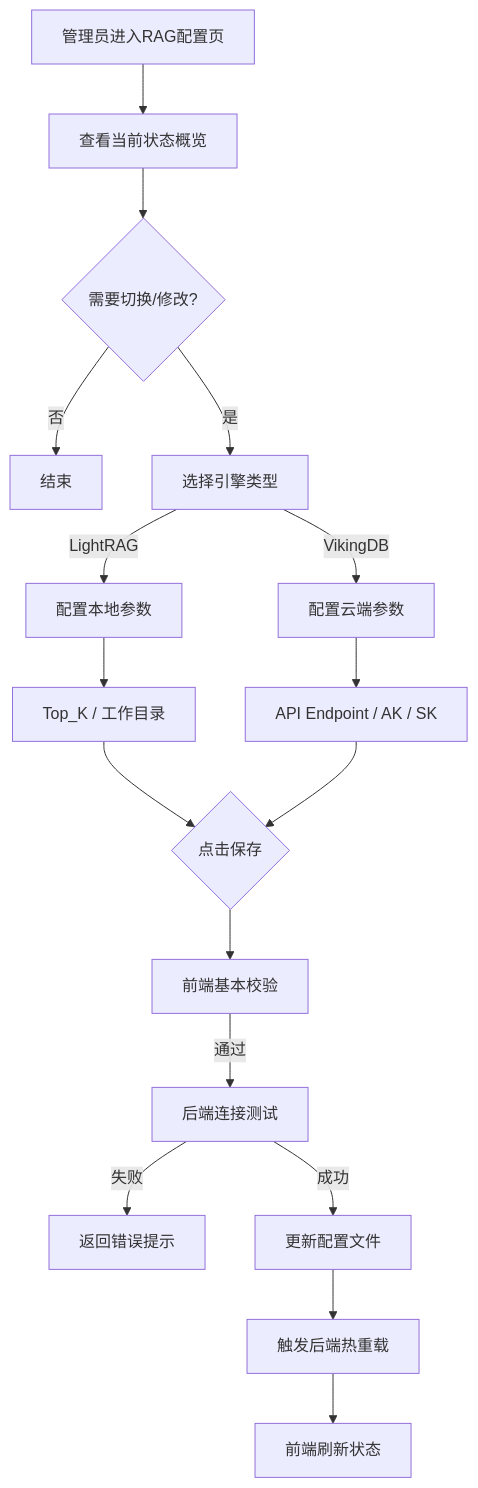
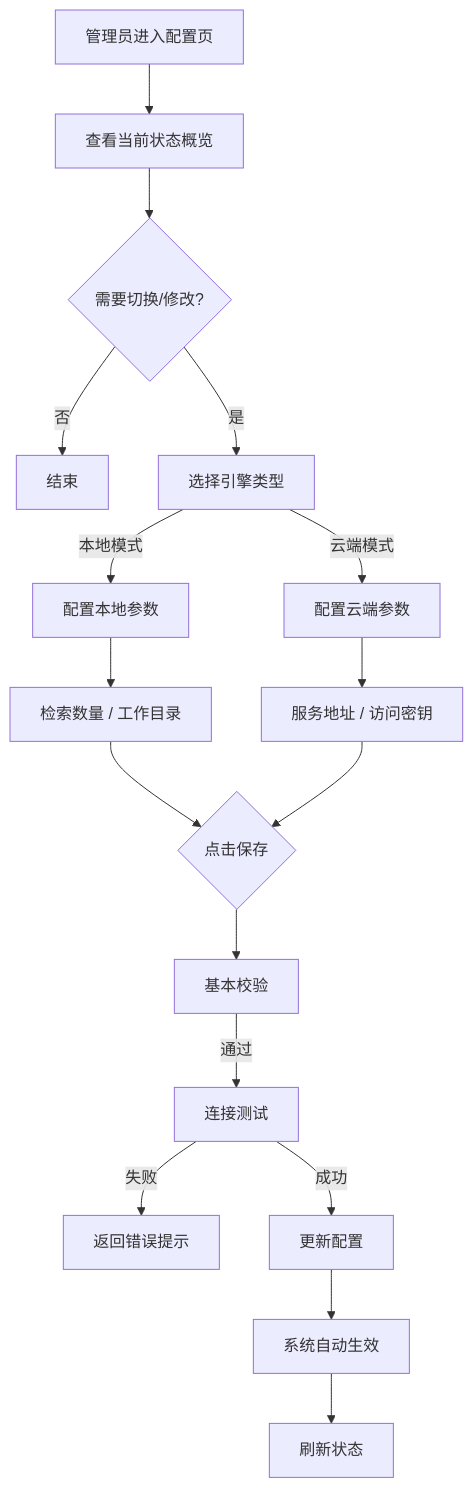
The second of 2 diagrams in 需求文档/G-中台需求文档/辰极智脑-知识库配置需求说明书_V1.0.md (joychen295/AI---), drawn with Mermaid before and after one commit. The commit also changed other lines of this file and 5 other files, not shown here.

````diff
--- a/需求文档/G-中台需求文档/辰极智脑-知识库配置需求说明书_V1.0.md
+++ b/需求文档/G-中台需求文档/辰极智脑-知识库配置需求说明书_V1.0.md
@@ -85,19 +78,19 @@
 ```mermaid
 graph TD
-    A[管理员进入RAG配置页] --> B[查看当前状态概览]
+    A[管理员进入配置页] --> B[查看当前状态概览]
     B --> C{需要切换/修改?}
     C -- 否 --> D[结束]
     C -- 是 --> E[选择引擎类型]
-    E -- LightRAG --> F[配置本地参数]
-    F --> F1[Top_K / 工作目录]
+    E -- 本地模式 --> F[配置本地参数]
+    F --> F1[检索数量 / 工作目录]
     F1 --> H
-    E -- VikingDB --> G[配置云端参数]
-    G --> G1[API Endpoint / AK / SK]
+    E -- 云端模式 --> G[配置云端参数]
+    G --> G1[服务地址 / 访问密钥]
     G1 --> H{点击保存}
-    H --> I[前端基本校验]
-    I -- 通过 --> J[后端连接测试]
+    H --> I[基本校验]
+    I -- 通过 --> J[连接测试]
     J -- 失败 --> K[返回错误提示]
-    J -- 成功 --> L[更新配置文件]
-    L --> M[触发后端热重载]
-    M --> N[前端刷新状态]
+    J -- 成功 --> L[更新配置]
+    L --> M[系统自动生效]
+    M --> N[刷新状态]
 ```
````
